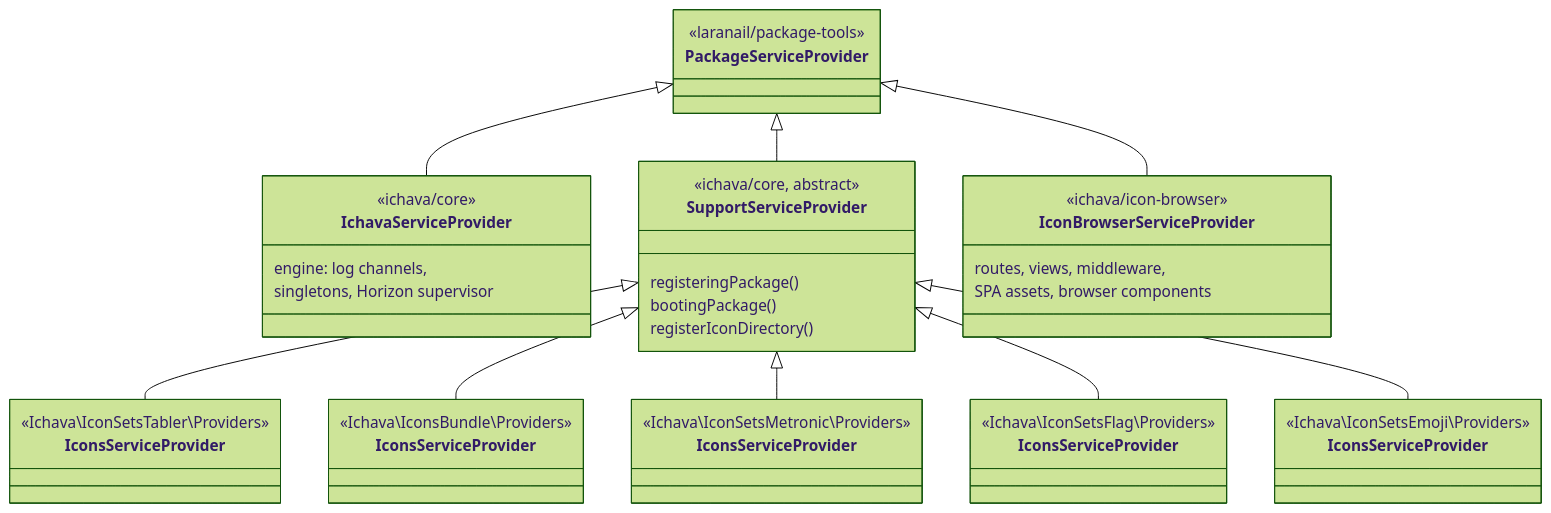
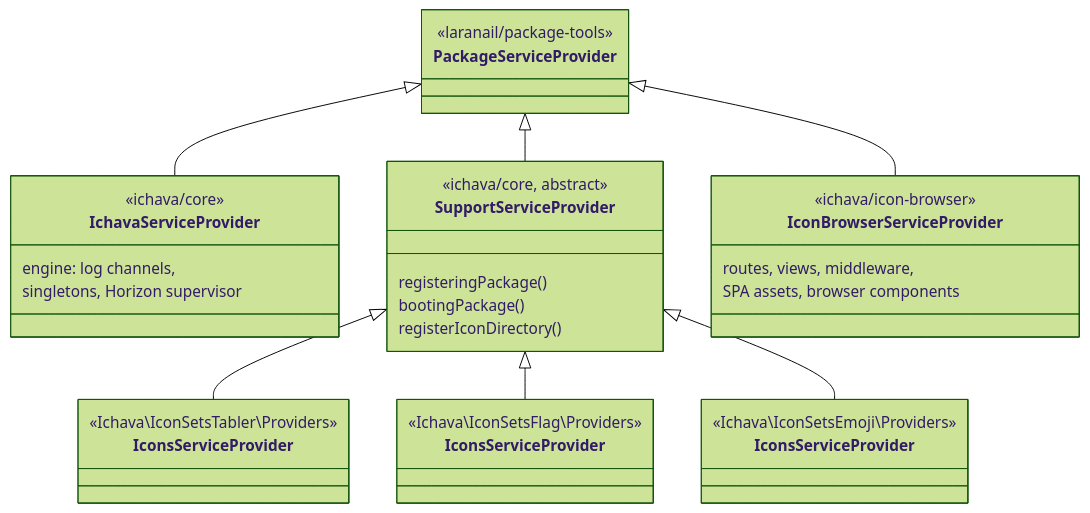
Before and after one commit to ichava/core: the second of 3 diagrams in docs/architecture.md, drawn with Mermaid (forest theme). The commit also changed other lines of this file and 9 other files, not shown here.

````diff
--- a/docs/architecture.md
+++ b/docs/architecture.md
@@ -82,45 +76,37 @@
 ```mermaid
 classDiagram
     class PackageServiceProvider {
         <<laranail/package-tools>>
     }
     class IchavaServiceProvider {
         <<ichava/core>>
         engine: log channels,
         singletons, Horizon supervisor
     }
     class SupportServiceProvider {
         <<ichava/core, abstract>>
         registeringPackage()
         bootingPackage()
         registerIconDirectory()
     }
     class IconBrowserServiceProvider {
         <<ichava/icon-browser>>
         routes, views, middleware,
         SPA assets, browser components
     }
     class TablerIcons_IconsServiceProvider["IconsServiceProvider"] {
         <<Ichava\IconSetsTabler\Providers>>
     }
-    class BundledIcons_IconsServiceProvider["IconsServiceProvider"] {
-        <<Ichava\IconsBundle\Providers>>
-    }
-    class MetronicIcons_IconsServiceProvider["IconsServiceProvider"] {
-        <<Ichava\IconSetsMetronic\Providers>>
-    }
     class FlagIcons_IconsServiceProvider["IconsServiceProvider"] {
         <<Ichava\IconSetsFlag\Providers>>
     }
     class EmojiSets_IconsServiceProvider["IconsServiceProvider"] {
         <<Ichava\IconSetsEmoji\Providers>>
     }
     PackageServiceProvider <|-- IchavaServiceProvider
     PackageServiceProvider <|-- SupportServiceProvider
     PackageServiceProvider <|-- IconBrowserServiceProvider
     SupportServiceProvider <|-- TablerIcons_IconsServiceProvider
-    SupportServiceProvider <|-- BundledIcons_IconsServiceProvider
-    SupportServiceProvider <|-- MetronicIcons_IconsServiceProvider
     SupportServiceProvider <|-- FlagIcons_IconsServiceProvider
     SupportServiceProvider <|-- EmojiSets_IconsServiceProvider
 ```
````
